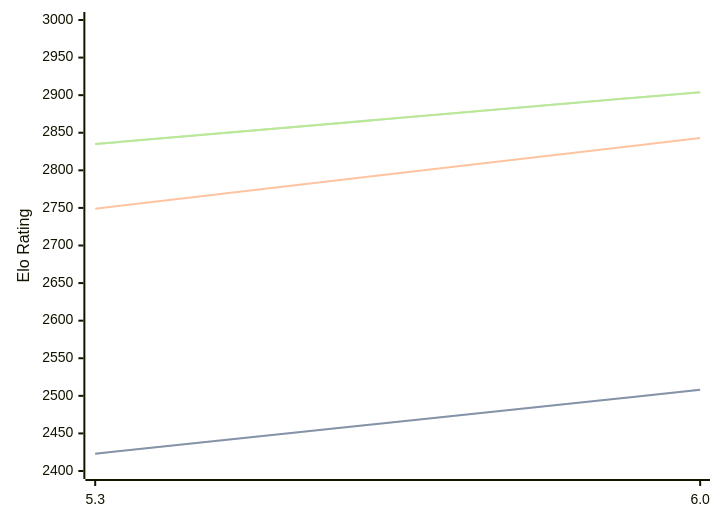
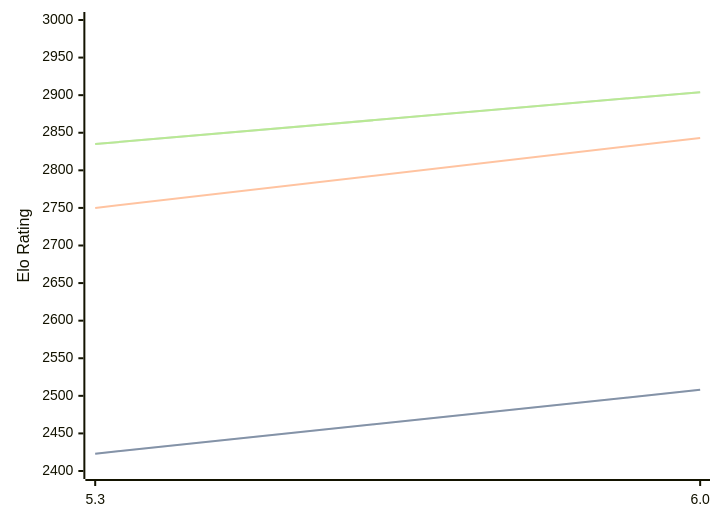
The diagram in engines/tomitankChess.md (computer-chess-index/cci), drawn with Mermaid before and after one commit. The commit also changed other lines of this file, not shown here.

````diff
--- a/engines/tomitankChess.md
+++ b/engines/tomitankChess.md
@@ -40,11 +40,11 @@
 ```mermaid
 %%{init: {"theme":"base","themeVariables":{"seriesColors:['#a3a3a3','#222221','#faa371']}}}%%
 xychart-beta
   x-axis ["5.3", "6.0"]
   y-axis "Elo Rating" 2400 --> 3000
   line "STC (8.0+0.08s)" [2423, 2508]
   line "STC (8.0+0.08s)" [2423, 2508]
-  line "LTC (60.0+0.60s)" [2749, 2843]
+  line "LTC (60.0+0.60s)" [2750, 2843]
   line "VLTC (2m24s+1.12s)" [2835, 2904]
   line "VLTC (2m24s+1.12s)" [2835, 2904]
 ```
````
